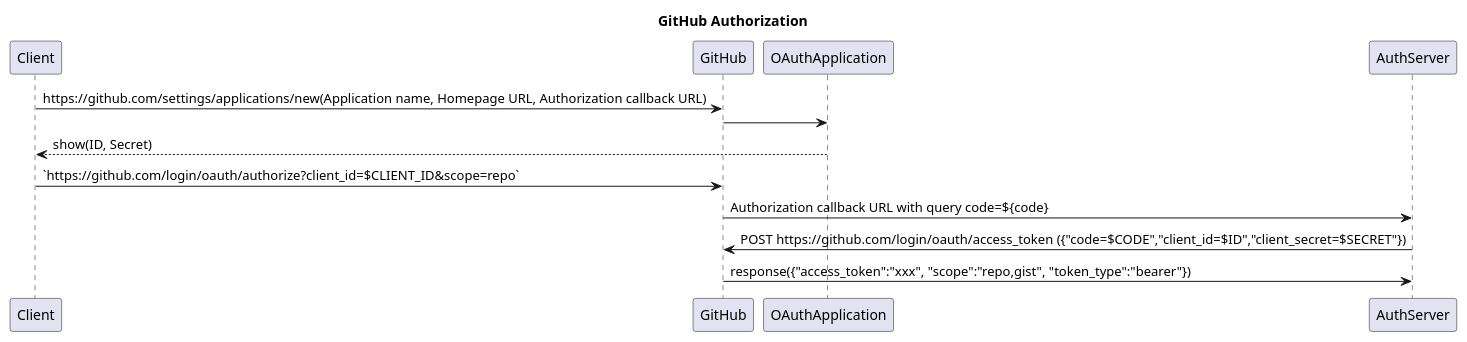
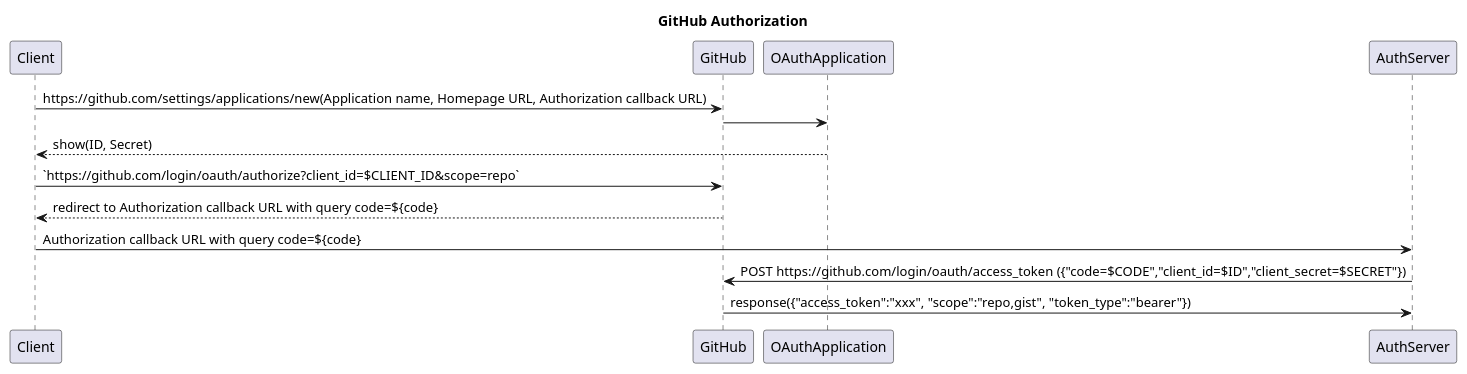
The diagram in sequence.pu (developer-kikikaikai/githubapi), drawn with PlantUML before and after one commit. The commit also changed 1 other file, not shown here.

Commit message:
Update sequence

```diff
--- a/sequence.pu
+++ b/sequence.pu
@@ -1,10 +1,11 @@
 @startuml
 title GitHub Authorization
 Client->GitHub: https://github.com/settings/applications/new(Application name, Homepage URL, Authorization callback URL)
 GitHub->OAuthApplication:
 OAuthApplication-->Client: show(ID, Secret)
 Client->GitHub: `https://github.com/login/oauth/authorize?client_id=$CLIENT_ID&scope=repo`
-GitHub->AuthServer: Authorization callback URL with query code=${code}
+GitHub-->Client: redirect to Authorization callback URL with query code=${code}
+Client->AuthServer: Authorization callback URL with query code=${code}
 AuthServer->GitHub:POST https://github.com/login/oauth/access_token ({"code=$CODE","client_id=$ID","client_secret=$SECRET"})
 GitHub->AuthServer:response({"access_token":"xxx", "scope":"repo,gist", "token_type":"bearer"})
 @enduml
```
